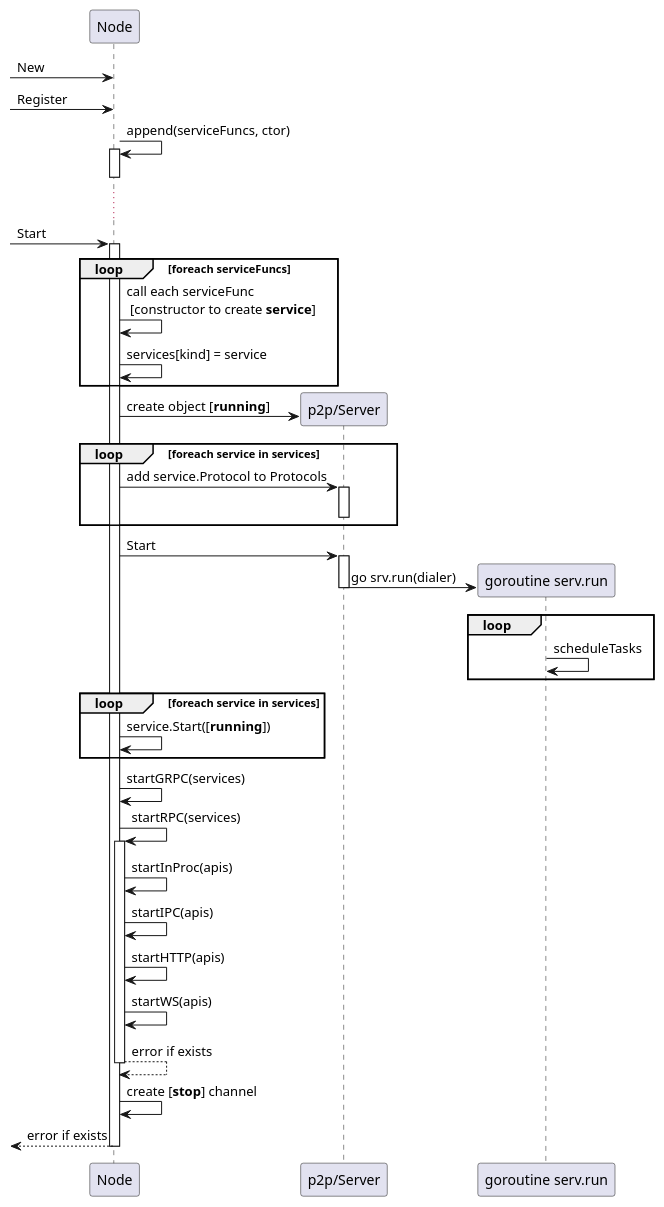
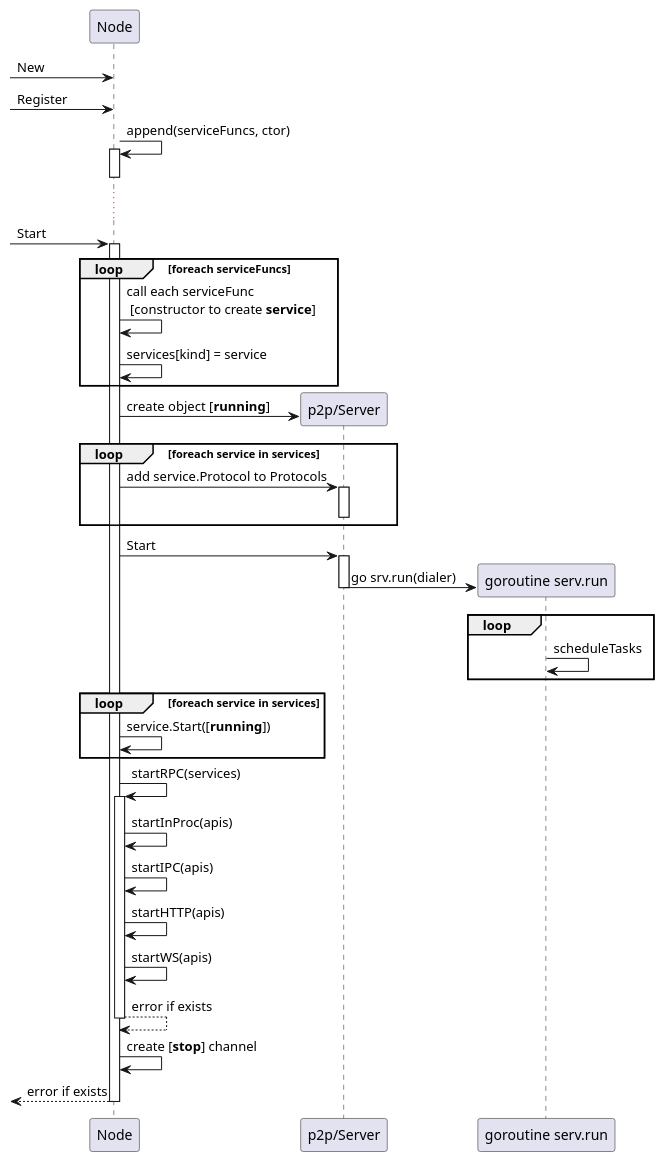
The diagram in docs/node/node.sequence.plantuml (CPChain/chain), drawn with PlantUML before and after one commit. The commit also changed 4 other files, not shown here.

```diff
--- a/docs/node/node.sequence.plantuml
+++ b/docs/node/node.sequence.plantuml
@@ -1,60 +1,59 @@
 @startuml
 
 participant Node as n
 participant "p2p/Server" as ps
 
 [-> n: New
 
 
 [-> n: Register
 n -> n : append(serviceFuncs, ctor)
 activate n
 deactivate n
 ...
 
 [-> n: Start
 activate n
 loop foreach serviceFuncs
 n -> n : call each serviceFunc \n [constructor to create **service**]
 n -> n : services[kind] = service
 end
 
 create ps
 n -> ps : create object [**running**]
 
 loop foreach service in services
 n -> ps : add service.Protocol to Protocols
 activate ps
 deactivate ps
 end
 
 n -> ps : Start
 activate ps
 participant "goroutine serv.run" as grsrvrun
 create grsrvrun
 ps -> grsrvrun : go srv.run(dialer)
 deactivate ps
 
 loop
 grsrvrun -> grsrvrun : scheduleTasks
 end
 
 loop foreach service in services
 n -> n : service.Start([**running**])
 end
 
-n -> n : startGRPC(services)
 n -> n : startRPC(services)
 activate n
 n -> n : startInProc(apis)
 n -> n : startIPC(apis)
 n -> n : startHTTP(apis)
 n -> n : startWS(apis)
 n --> n : error if exists
 deactivate n
 n -> n : create [**stop**] channel
 [<-- n : error if exists
 deactivate n
 
 
 @enduml
```
